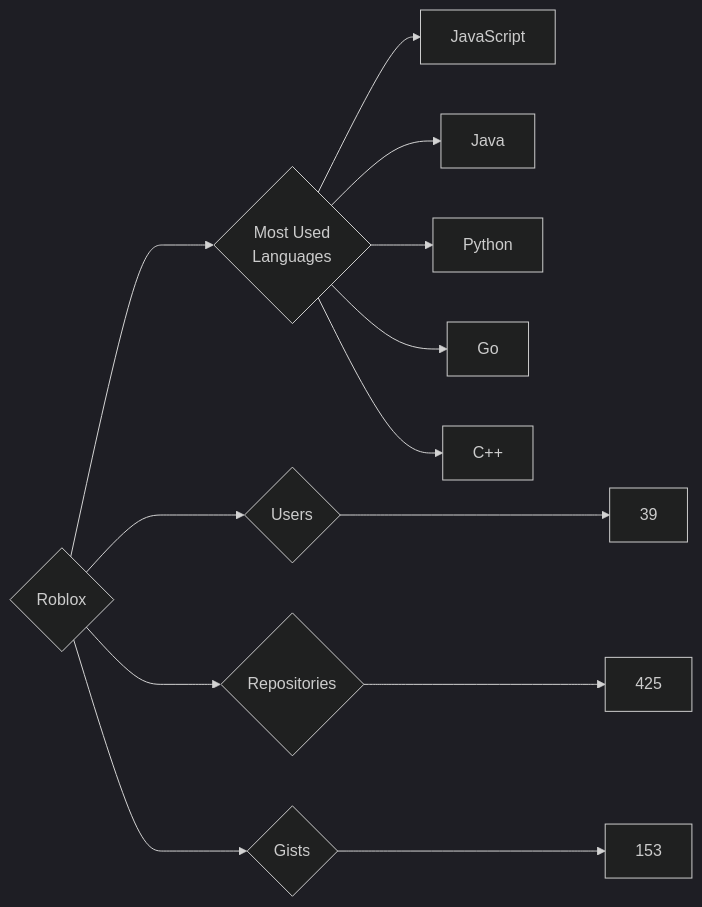
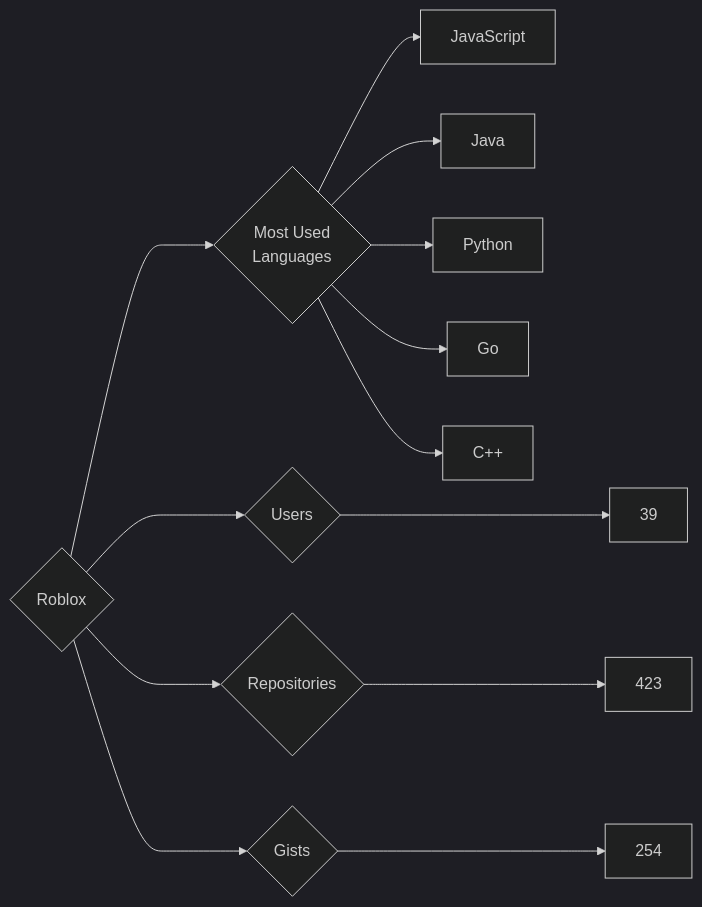
The diagram in targets/Roblox/README.md (trickest/insiders), drawn with Mermaid (dark theme) before and after one commit. The commit also changed 1484 other files, not shown here.

````diff
--- a/targets/Roblox/README.md
+++ b/targets/Roblox/README.md
@@ -3,13 +3,13 @@
 ```mermaid
 graph LR
 COMPANY_NAME{Roblox}
 COMPANY_NAME ---> U{Users} ---> UN[39]
-COMPANY_NAME ---> R{Repositories} ---> RN[425]
-COMPANY_NAME ---> G{Gists} ---> GN[153]
+COMPANY_NAME ---> R{Repositories} ---> RN[423]
+COMPANY_NAME ---> G{Gists} ---> GN[254]
 COMPANY_NAME ---> ML{Most Used<br>Languages}
 ML --> JavaScript[JavaScript]
 ML --> Java[Java]
 ML --> Python[Python]
 ML --> Go[Go]
 ML --> C++[C++]
 ```
````
